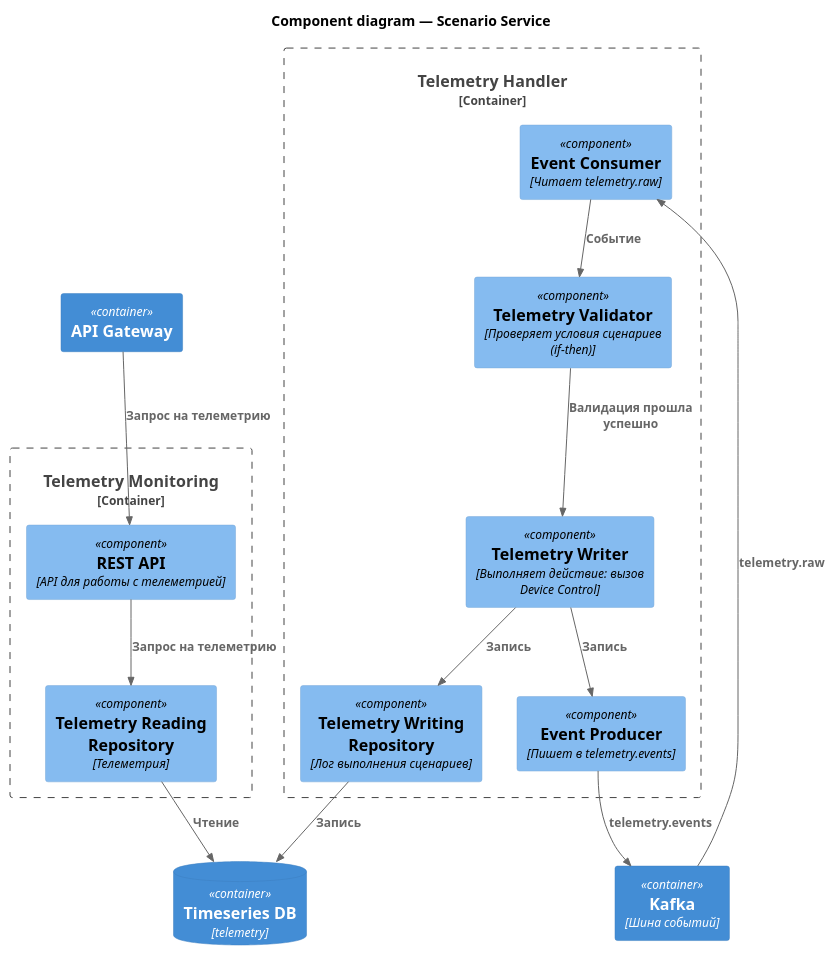
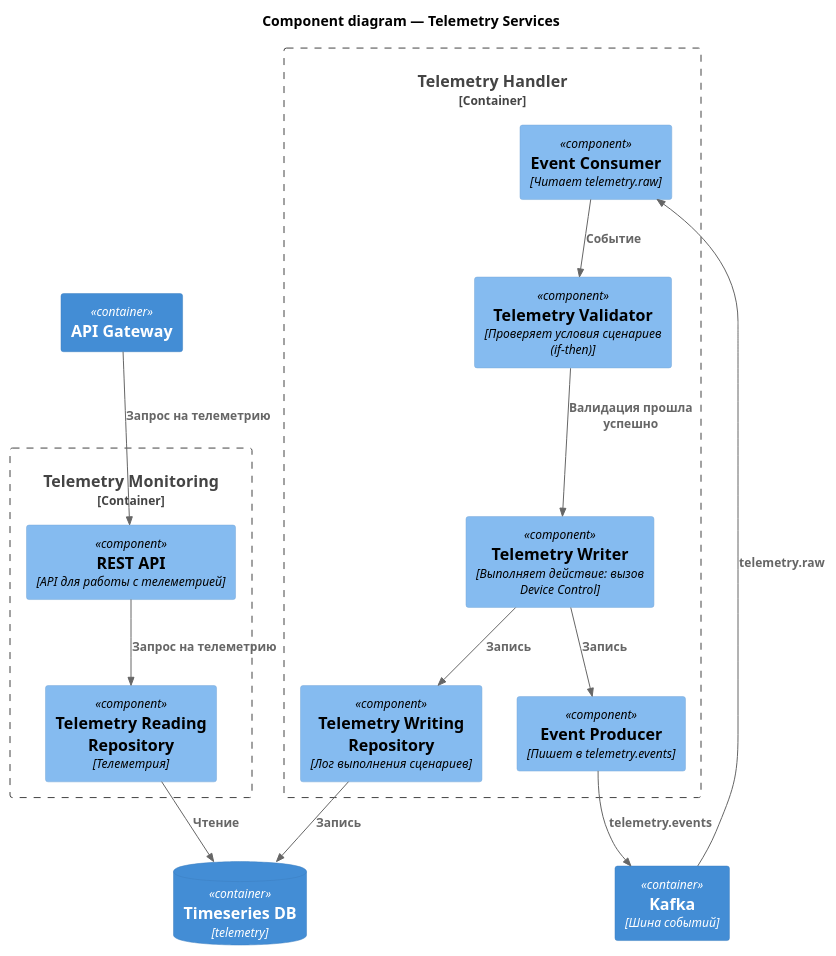
The diagram in diagrams/context/SmartHome_Telemetry_Component.puml (drunkendolphin2-ai/architecture-warmhouse), drawn with PlantUML before and after one commit. The commit also changed 2 other files, not shown here.

Commit message:
создал диаграмму для сервисов телеметрии

```diff
--- a/diagrams/context/SmartHome_Telemetry_Component.puml
+++ b/diagrams/context/SmartHome_Telemetry_Component.puml
@@ -1,40 +1,40 @@
 @startuml
 !includeurl https://raw.githubusercontent.com/plantuml-stdlib/C4-PlantUML/master/C4_Component.puml
 
-title Component diagram — Scenario Service
+title Component diagram — Telemetry Services
 
 ContainerDb(telemetryDb, "Timeseries DB", "telemetry")
 Container(broker, "Kafka", "Шина событий")
 Container(apiGw, "API Gateway")
 
 Container_Boundary(telemetryHandler, "Telemetry Handler") {
     Component(eventConsumer, "Event Consumer", "Читает telemetry.raw")
     Component(telemetryValidator, "Telemetry Validator", "Проверяет условия сценариев (if-then)")
     Component(telemetryWriter, "Telemetry Writer", "Выполняет действие: вызов Device Control")
     Component(telemetryWritingRepo, "Telemetry Writing Repository", "Лог выполнения сценариев")
     Component(eventProducer, "Event Producer", "Пишет в telemetry.events")
 }
 
 Container_Boundary(telemetryMonitoring, "Telemetry Monitoring") {
     Component(telemetryMonitoringApi, "REST API", "API для работы с телеметрией")
     Component(telemetryReadingRepo, "Telemetry Reading Repository", "Телеметрия")
     Component(telemetryReadingRepo, "Telemetry Reading Repository", "Телеметрия")
 }
 
 ' Работа с БД
 Rel(telemetryReadingRepo, telemetryDb, "Чтение")
 Rel(telemetryWritingRepo, telemetryDb, "Запись")
 
 ' Запрос на информацию по телеметрии
 Rel(apiGw, telemetryMonitoringApi, "Запрос на телеметрию")
 Rel(telemetryMonitoringApi, telemetryReadingRepo, "Запрос на телеметрию")
 
 ' Чтение и запись телеметриии
 Rel(broker, eventConsumer, "telemetry.raw")
 Rel(eventConsumer, telemetryValidator, "Событие")
 Rel(telemetryValidator, telemetryWriter, "Валидация прошла успешно")
 Rel(telemetryWriter, telemetryWritingRepo, "Запись")
 Rel(telemetryWriter, eventProducer, "Запись")
 Rel(eventProducer, broker, "telemetry.events")
 
 @enduml
```
